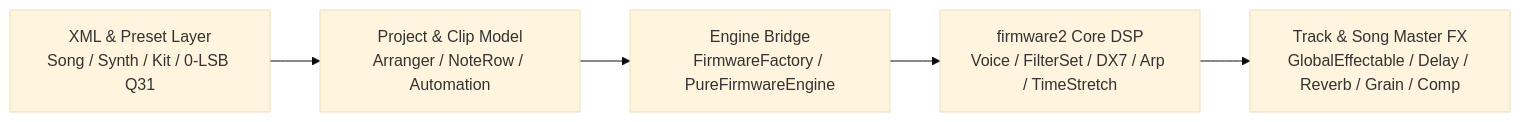
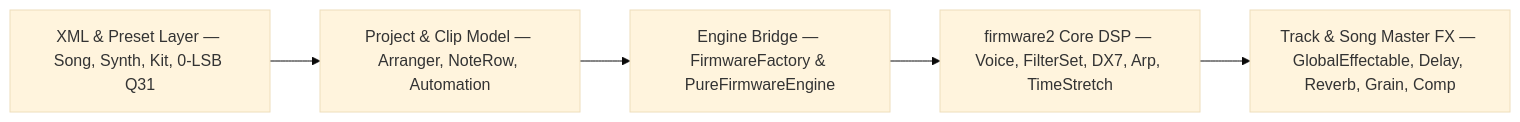
One commit to trudaine/deluje changed the second of 2 diagrams in docs/CPP_PARITY_PROGRESS_REPORT.md. Above: the diagram before and after it, drawn with Mermaid (base theme). The commit also changed other lines of this file, not shown here.

````diff
--- a/docs/CPP_PARITY_PROGRESS_REPORT.md
+++ b/docs/CPP_PARITY_PROGRESS_REPORT.md
@@ -74,7 +77,7 @@
 ```mermaid
 flowchart LR
-    XML["XML & Preset Layer\nSong / Synth / Kit / 0-LSB Q31"] --> MODEL["Project & Clip Model\nArranger / NoteRow / Automation"]
-    MODEL --> BRIDGE["Engine Bridge\nFirmwareFactory / PureFirmwareEngine"]
-    BRIDGE --> DSP["firmware2 Core DSP\nVoice / FilterSet / DX7 / Arp / TimeStretch"]
-    DSP --> BUS["Track & Song Master FX\nGlobalEffectable / Delay / Reverb / Grain / Comp"]
+    XML["XML & Preset Layer — Song, Synth, Kit, 0-LSB Q31"] --> MODEL["Project & Clip Model — Arranger, NoteRow, Automation"]
+    MODEL --> BRIDGE["Engine Bridge — FirmwareFactory & PureFirmwareEngine"]
+    BRIDGE --> DSP["firmware2 Core DSP — Voice, FilterSet, DX7, Arp, TimeStretch"]
+    DSP --> BUS["Track & Song Master FX — GlobalEffectable, Delay, Reverb, Grain, Comp"]
 ```
````
